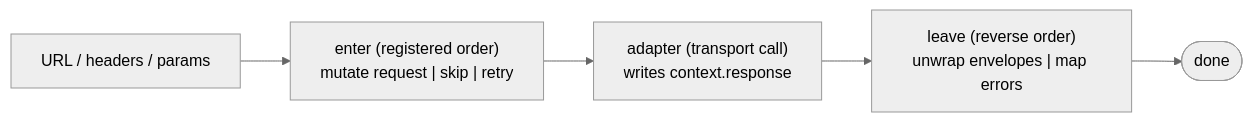
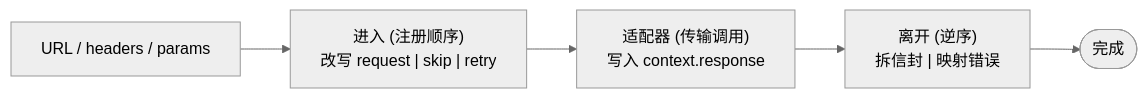
One commit to xtwis/ohnet changed the second of 2 diagrams in docs/zh/guide/concepts.md. Above: the diagram before and after it, drawn with Mermaid (neutral theme). The commit also changed other lines of this file and 45 other files, not shown here.

````diff
--- a/docs/zh/guide/concepts.md
+++ b/docs/zh/guide/concepts.md
@@ -26,7 +26,7 @@
 ```mermaid
 flowchart LR
     R["URL / headers / params"] --> Enter
-    Enter["enter (registered order)<br/>mutate request | skip | retry"] --> Adapter
-    Adapter["adapter (transport call)<br/>writes context.response"] --> Leave
-    Leave["leave (reverse order)<br/>unwrap envelopes | map errors"] --> Done(["done"])
+    Enter["进入 (注册顺序)<br/>改写 request | skip | retry"] --> Adapter
+    Adapter["适配器 (传输调用)<br/>写入 context.response"] --> Leave
+    Leave["离开 (逆序)<br/>拆信封 | 映射错误"] --> Done(["完成"])
 ```
````
